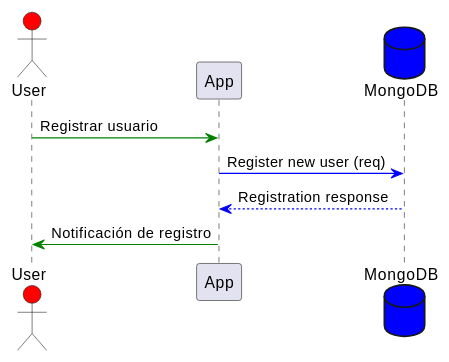
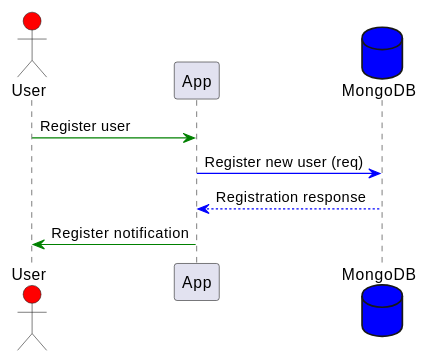
The second of 3 diagrams in webapp/docs/06_runtime_view.adoc (Arquisoft/radarin_es3b), drawn with PlantUML before and after one commit. The commit also changed other lines of this file, not shown here.

First line of the commit message:
modified diagrams section 6

```diff
--- a/webapp/docs/06_runtime_view.adoc
+++ b/webapp/docs/06_runtime_view.adoc
@@ -70,12 +70,12 @@
 [plantuml,"registration diagram",png]
 ----
 @startuml
 actor User #red
 participant App
 database MongoDB #blue
-User -[#green]> App: Registrar usuario
+User -[#green]> App: Register user
 App -[#blue]> MongoDB: Register new user (req)
 App <[#blue]-- MongoDB: Registration response
-User <[#green]- App: Notificación de registro 
+User <[#green]- App: Register notification 
 @enduml
 ----
```
